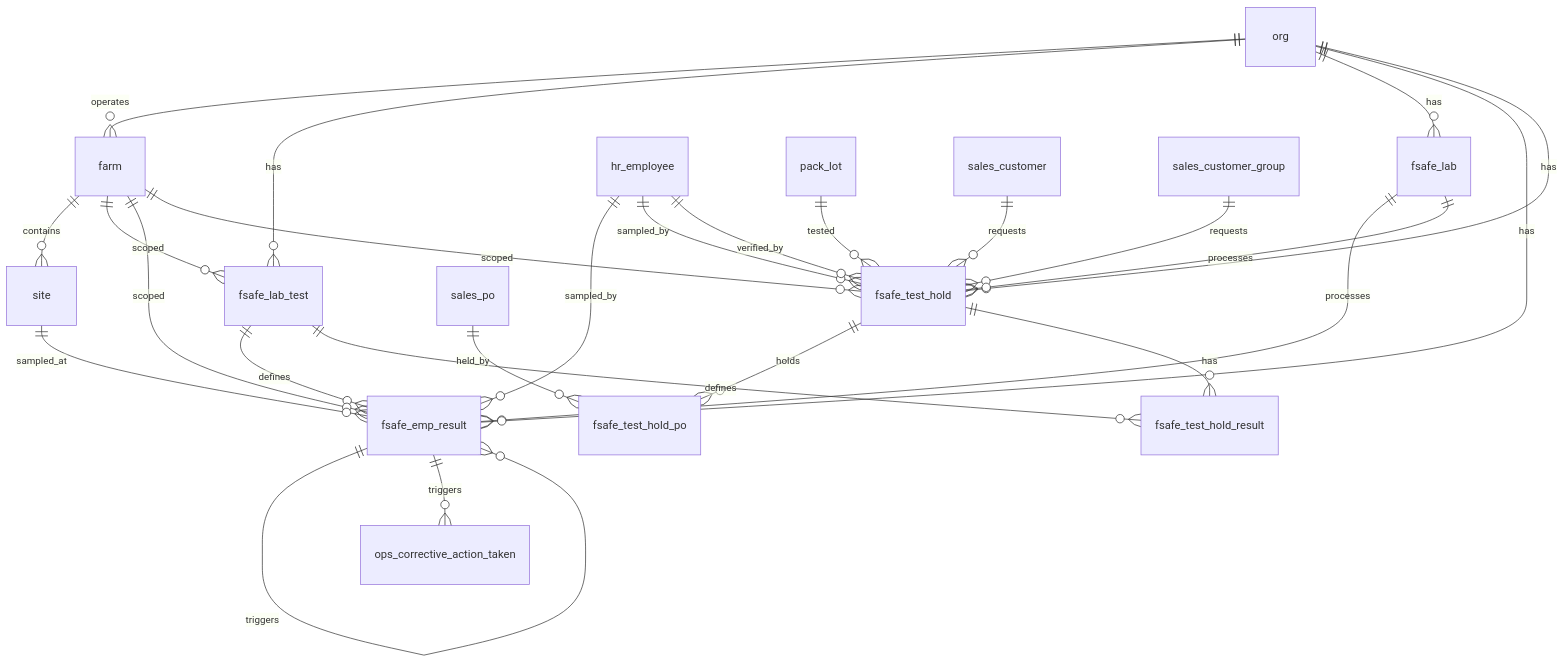
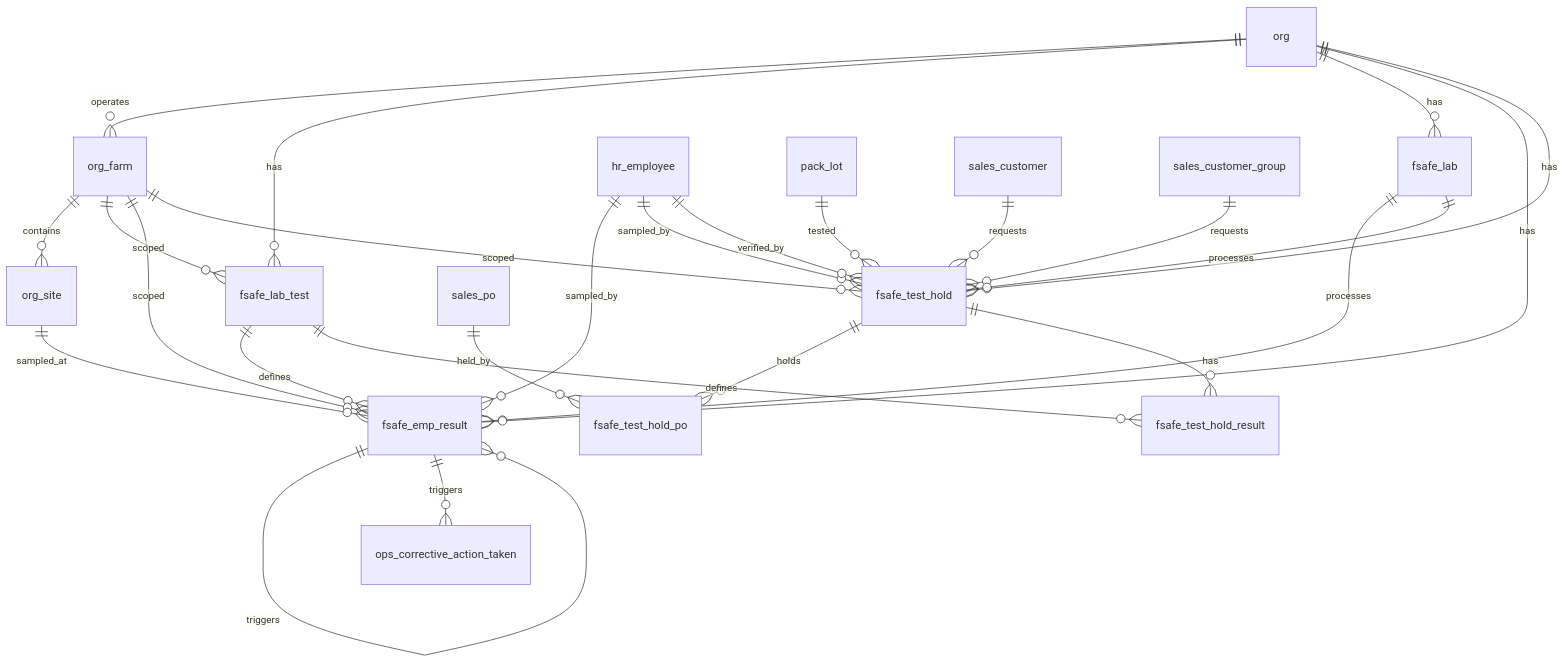
Before and after one commit to Hawaii-Farming/aloha-app: the diagram in docs/schemas/20260319_08_fsafe.md, drawn with Mermaid. The commit also changed other lines of this file and 51 other files, not shown here.

First line of the commit message:
Rename org tables (util_uom→org_uom, farm→org_farm, site→org_site), rewrite conventions from LENNY spec

````diff
--- a/docs/schemas/20260319_08_fsafe.md
+++ b/docs/schemas/20260319_08_fsafe.md
@@ -9,28 +9,28 @@
 ```mermaid
 erDiagram
-    org ||--o{ farm : operates
-    farm ||--o{ site : contains
+    org ||--o{ org_farm : operates
+    org_farm ||--o{ org_site : contains
     org ||--o{ fsafe_lab_test : has
-    farm ||--o{ fsafe_lab_test : scoped
+    org_farm ||--o{ fsafe_lab_test : scoped
     org ||--o{ fsafe_lab : has
     fsafe_lab_test ||--o{ fsafe_emp_result : defines
     fsafe_lab ||--o{ fsafe_emp_result : processes
     org ||--o{ fsafe_emp_result : has
-    farm ||--o{ fsafe_emp_result : scoped
-    site ||--o{ fsafe_emp_result : sampled_at
+    org_farm ||--o{ fsafe_emp_result : scoped
+    org_site ||--o{ fsafe_emp_result : sampled_at
     hr_employee ||--o{ fsafe_emp_result : sampled_by
     fsafe_emp_result ||--o{ fsafe_emp_result : triggers
     fsafe_emp_result ||--o{ ops_corrective_action_taken : triggers
     org ||--o{ fsafe_test_hold : has
-    farm ||--o{ fsafe_test_hold : scoped
+    org_farm ||--o{ fsafe_test_hold : scoped
     pack_lot ||--o{ fsafe_test_hold : tested
     sales_customer ||--o{ fsafe_test_hold : requests
     sales_customer_group ||--o{ fsafe_test_hold : requests
     fsafe_lab ||--o{ fsafe_test_hold : processes
     hr_employee ||--o{ fsafe_test_hold : sampled_by
     hr_employee ||--o{ fsafe_test_hold : verified_by
     fsafe_test_hold ||--o{ fsafe_test_hold_po : holds
     sales_po ||--o{ fsafe_test_hold_po : held_by
     fsafe_test_hold ||--o{ fsafe_test_hold_result : has
     fsafe_lab_test ||--o{ fsafe_test_hold_result : defines
 ```
````
